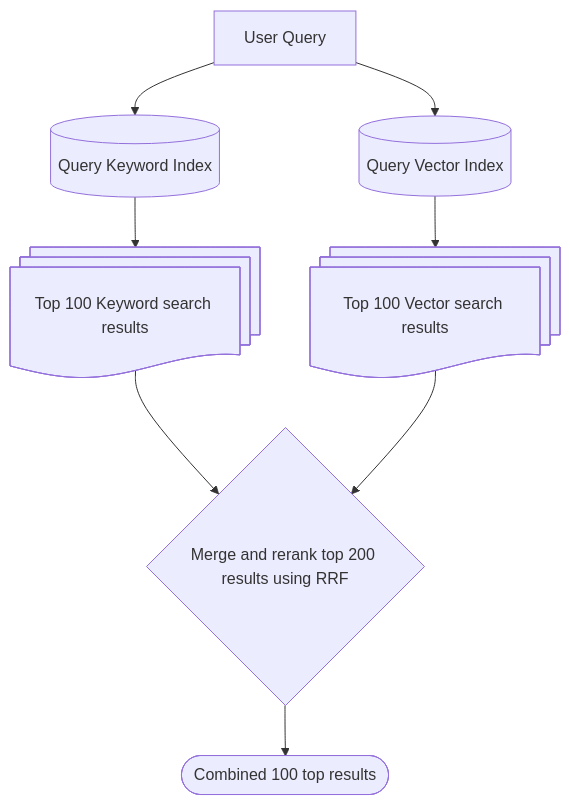
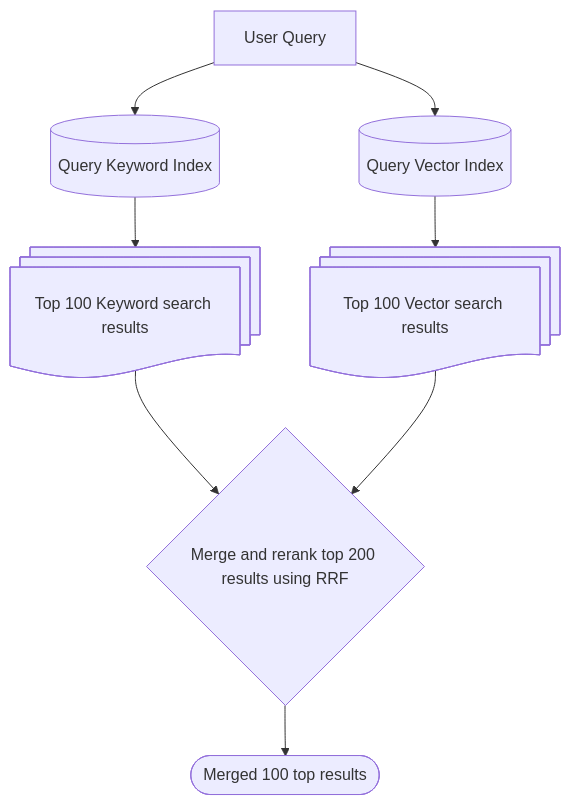
The first of 2 diagrams in docs/concepts/true-hybrid-search.mdx (topk-io/topk), drawn with Mermaid before and after one commit. The commit also changed other lines of this file and 3 other files, not shown here.

````diff
--- a/docs/concepts/true-hybrid-search.mdx
+++ b/docs/concepts/true-hybrid-search.mdx
@@ -24,13 +25,13 @@
 ```mermaid
 flowchart TD
     A[User Query] --> B[(Query Keyword Index)]
     A --> C[(Query Vector Index)]
 
   B --> D@{ shape: docs, label: "Top 100 Keyword search results" }
   C --> E@{ shape: docs, label: "Top 100 Vector search results" }
 
   D --> F{Merge and rerank top 200 results using RRF}
   E --> F
 
-  F --> G@{ shape: stadium, label: "Combined 100 top results" }
+  F --> G@{ shape: stadium, label: "Merged 100 top results" }
 ```
````
